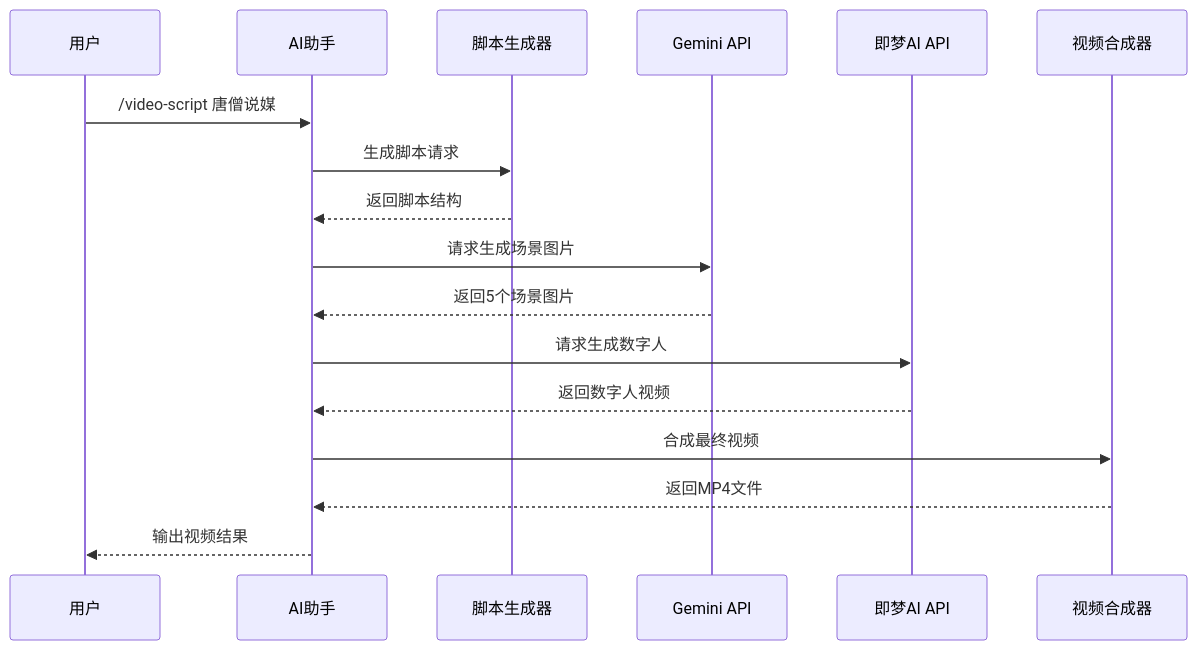
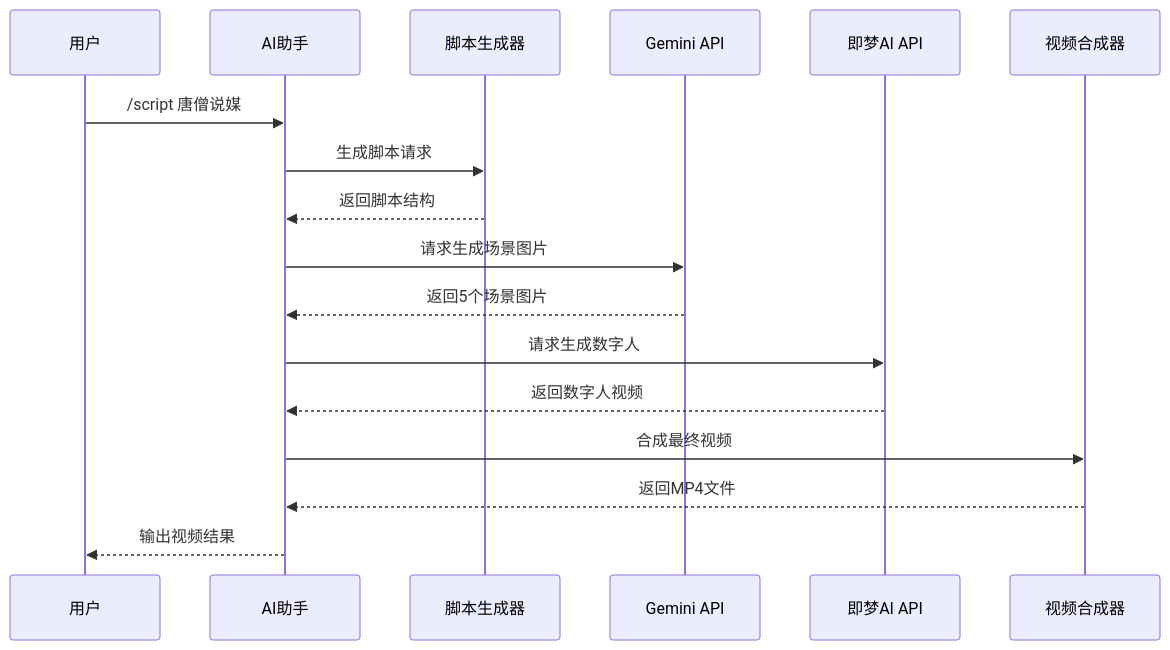
Before and after one commit to wordflowlab/movieflow: the third of 8 diagrams in docs/PRD.md, drawn with Mermaid. The commit also changed other lines of this file and 50 other files, not shown here.

````diff
--- a/docs/PRD.md
+++ b/docs/PRD.md
@@ -415,23 +321,23 @@
 ```mermaid
 sequenceDiagram
     participant U as 用户
     participant AI as AI助手
     participant S as 脚本生成器
     participant G as Gemini API
     participant J as 即梦AI API
     participant V as 视频合成器
 
-    U->>AI: /video-script 唐僧说媒
+    U->>AI: /script 唐僧说媒
     AI->>S: 生成脚本请求
     S-->>AI: 返回脚本结构
 
     AI->>G: 请求生成场景图片
     G-->>AI: 返回5个场景图片
 
     AI->>J: 请求生成数字人
     J-->>AI: 返回数字人视频
 
     AI->>V: 合成最终视频
     V-->>AI: 返回MP4文件
     AI-->>U: 输出视频结果
 ```
````
